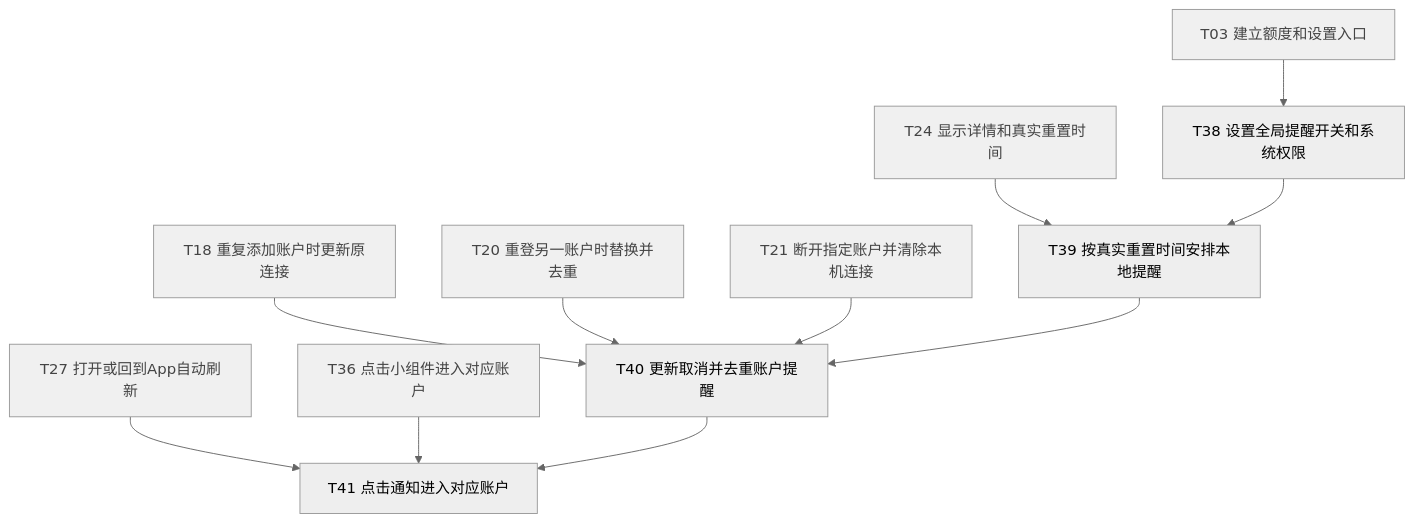
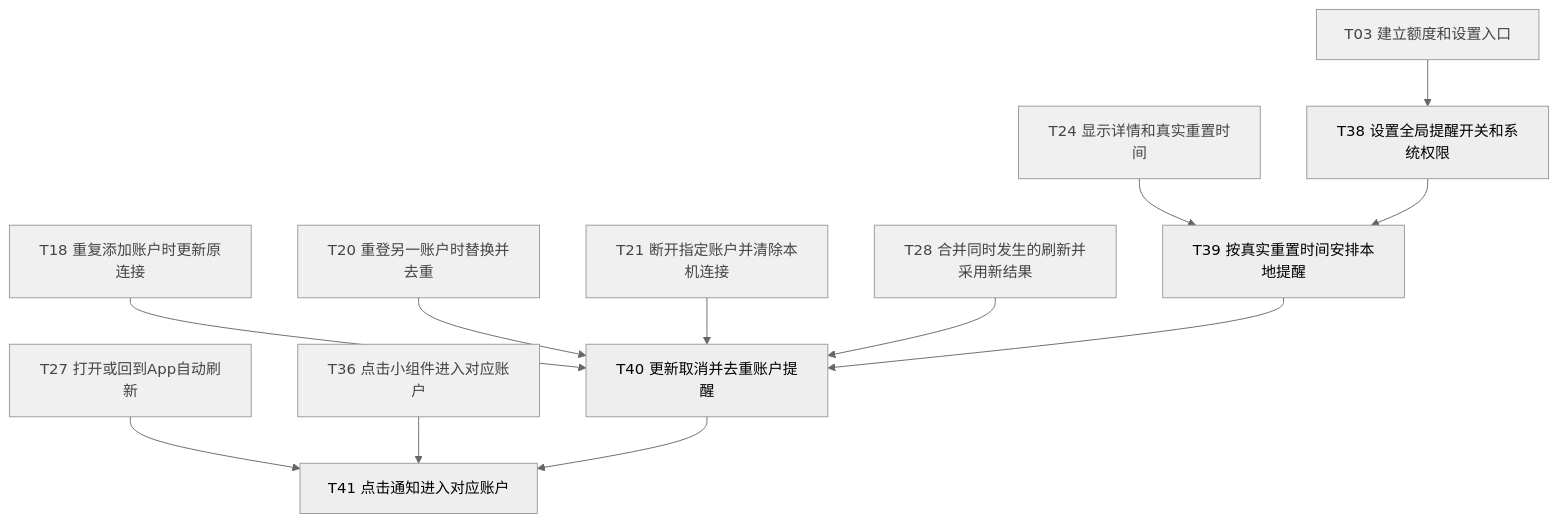
One commit to fsylviaa/subscription-usage-monitor changed the seventh of 9 diagrams in docs/mvp任务清单/README.md. Above: the diagram before and after it, drawn with Mermaid (neutral theme). The commit also changed other lines of this file and 13 other files, not shown here.

````diff
--- a/docs/mvp任务清单/README.md
+++ b/docs/mvp任务清单/README.md
@@ -337,25 +337,27 @@
 ```mermaid
 flowchart TD
+  T28["T28 合并同时发生的刷新并采用新结果"]:::prior
   T03["T03 建立额度和设置入口"]:::prior
   T18["T18 重复添加账户时更新原连接"]:::prior
   T20["T20 重登另一账户时替换并去重"]:::prior
   T21["T21 断开指定账户并清除本机连接"]:::prior
   T24["T24 显示详情和真实重置时间"]:::prior
   T27["T27 打开或回到App自动刷新"]:::prior
   T36["T36 点击小组件进入对应账户"]:::prior
   T38["T38 设置全局提醒开关和系统权限"]
   T39["T39 按真实重置时间安排本地提醒"]
   T40["T40 更新取消并去重账户提醒"]
   T41["T41 点击通知进入对应账户"]
   T03 --> T38
   T24 --> T39
   T38 --> T39
   T18 --> T40
   T20 --> T40
   T21 --> T40
+  T28 --> T40
   T39 --> T40
   T27 --> T41
   T36 --> T41
   T40 --> T41
   classDef prior fill:#f0f0f0,stroke:#999,color:#444
 ```
````
